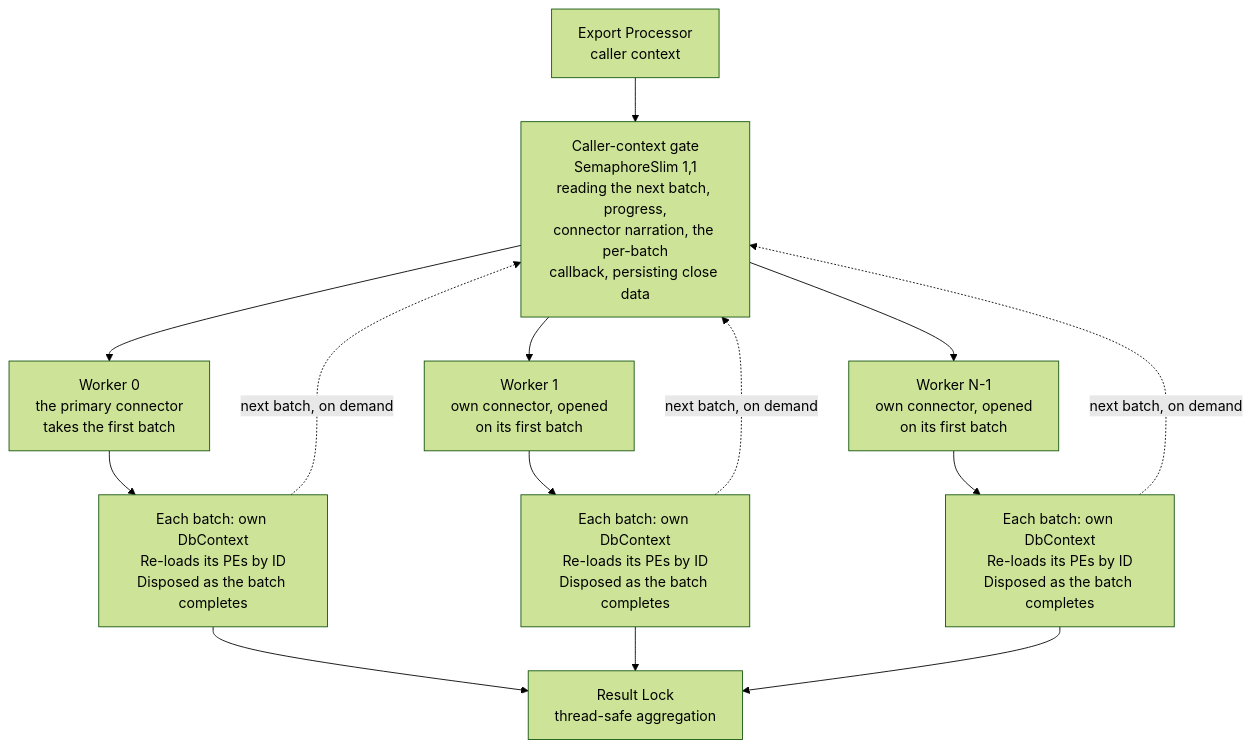
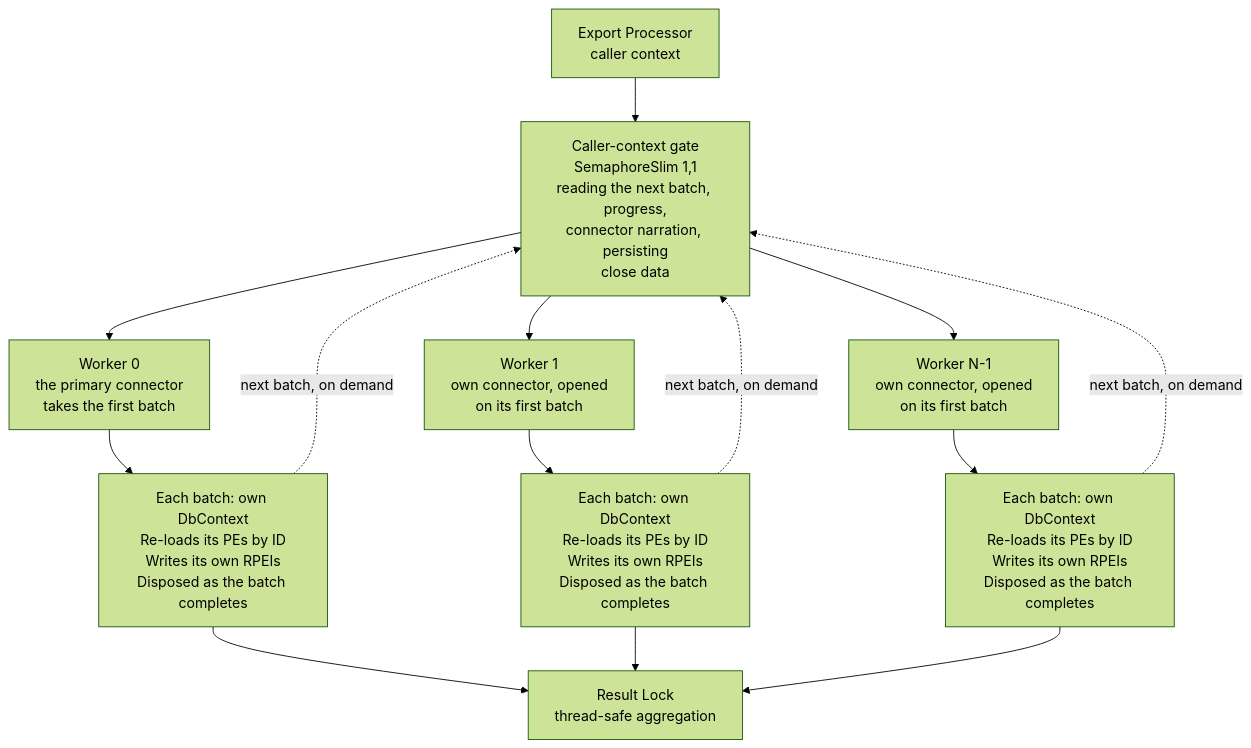
The fifth of 5 diagrams in engineering/developer/diagrams/EXPORT_EXECUTION_FLOW.md (TetronIO/JIM), drawn with Mermaid (forest theme) before and after one commit. The commit also changed other lines of this file and 12 other files, not shown here.

First line of the commit message:
Export: write each parallel batch's execution items on its own context, outside the gate (#2902) (#2904)

````diff
--- a/engineering/developer/diagrams/EXPORT_EXECUTION_FLOW.md
+++ b/engineering/developer/diagrams/EXPORT_EXECUTION_FLOW.md
@@ -176,20 +176,20 @@
 ```mermaid
 flowchart TD
-    Caller[Export Processor<br/>caller context] --> Gate[Caller-context gate<br/>SemaphoreSlim 1,1<br/>reading the next batch, progress,<br/>connector narration, the per-batch<br/>callback, persisting close data]
+    Caller[Export Processor<br/>caller context] --> Gate[Caller-context gate<br/>SemaphoreSlim 1,1<br/>reading the next batch, progress,<br/>connector narration, persisting<br/>close data]
 
     Gate --> W1[Worker 0<br/>the primary connector<br/>takes the first batch]
     Gate --> W2[Worker 1<br/>own connector, opened<br/>on its first batch]
     Gate --> W3[Worker N-1<br/>own connector, opened<br/>on its first batch]
 
-    W1 --> B1[Each batch: own DbContext<br/>Re-loads its PEs by ID<br/>Disposed as the batch completes]
-    W2 --> B2[Each batch: own DbContext<br/>Re-loads its PEs by ID<br/>Disposed as the batch completes]
-    W3 --> B3[Each batch: own DbContext<br/>Re-loads its PEs by ID<br/>Disposed as the batch completes]
+    W1 --> B1[Each batch: own DbContext<br/>Re-loads its PEs by ID<br/>Writes its own RPEIs<br/>Disposed as the batch completes]
+    W2 --> B2[Each batch: own DbContext<br/>Re-loads its PEs by ID<br/>Writes its own RPEIs<br/>Disposed as the batch completes]
+    W3 --> B3[Each batch: own DbContext<br/>Re-loads its PEs by ID<br/>Writes its own RPEIs<br/>Disposed as the batch completes]
 
     B1 --> ResultLock[Result Lock<br/>thread-safe aggregation]
     B2 --> ResultLock
     B3 --> ResultLock
 
     B1 -.->|next batch, on demand| Gate
     B2 -.->|next batch, on demand| Gate
     B3 -.->|next batch, on demand| Gate
 ```
````
